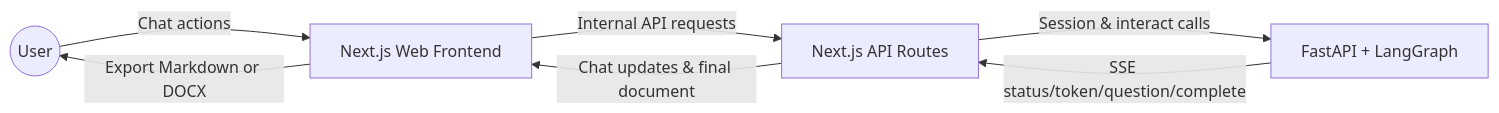
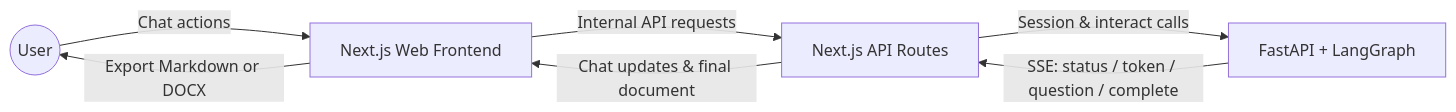
The first of 3 diagrams in documentation/dataflow_diagram.md (Ta1al/automated-SRS-generator), drawn with Mermaid before and after one commit. The commit also changed other lines of this file and 5 other files, not shown here.

````diff
--- a/documentation/dataflow_diagram.md
+++ b/documentation/dataflow_diagram.md
@@ -5,9 +5,9 @@
 ```mermaid
 graph LR
     User((User)) -->|Chat actions| Frontend["Next.js Web Frontend"]
     Frontend -->|Internal API requests| Api["Next.js API Routes"]
     Api -->|Session & interact calls| Backend["FastAPI + LangGraph"]
-    Backend -->|SSE status/token/question/complete| Api
+    Backend -->|SSE: status / token / question / complete| Api
     Api -->|Chat updates & final document| Frontend
     Frontend -->|Export Markdown or DOCX| User
 ```
````
